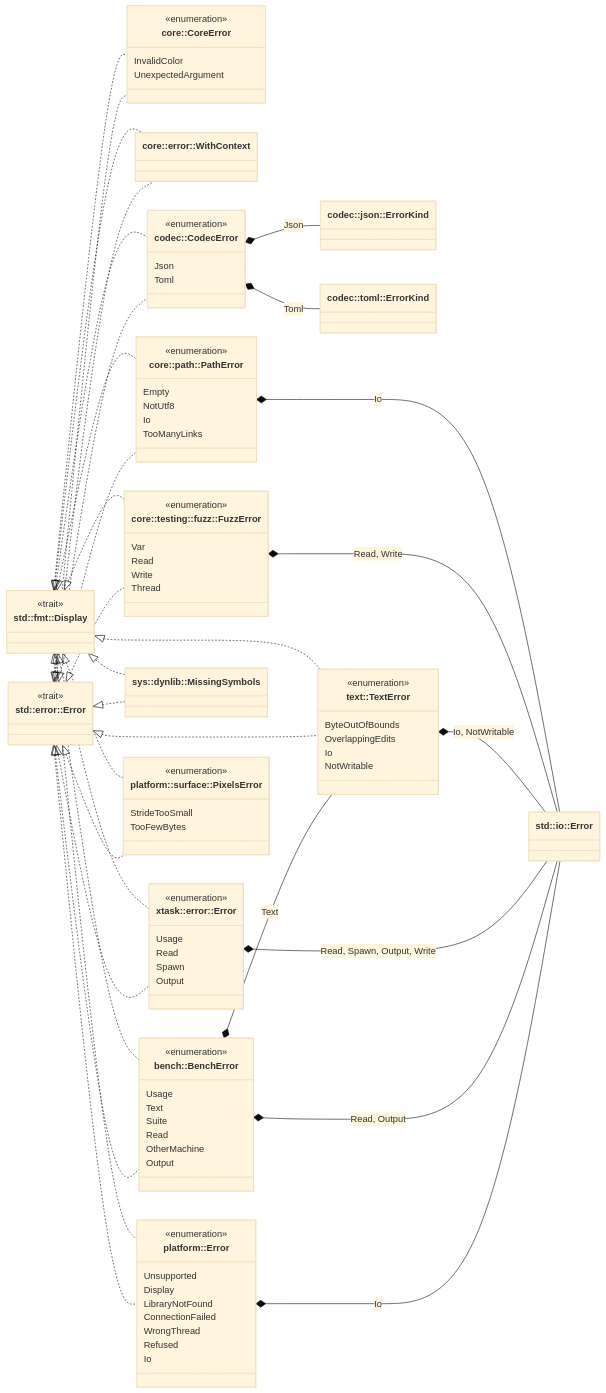
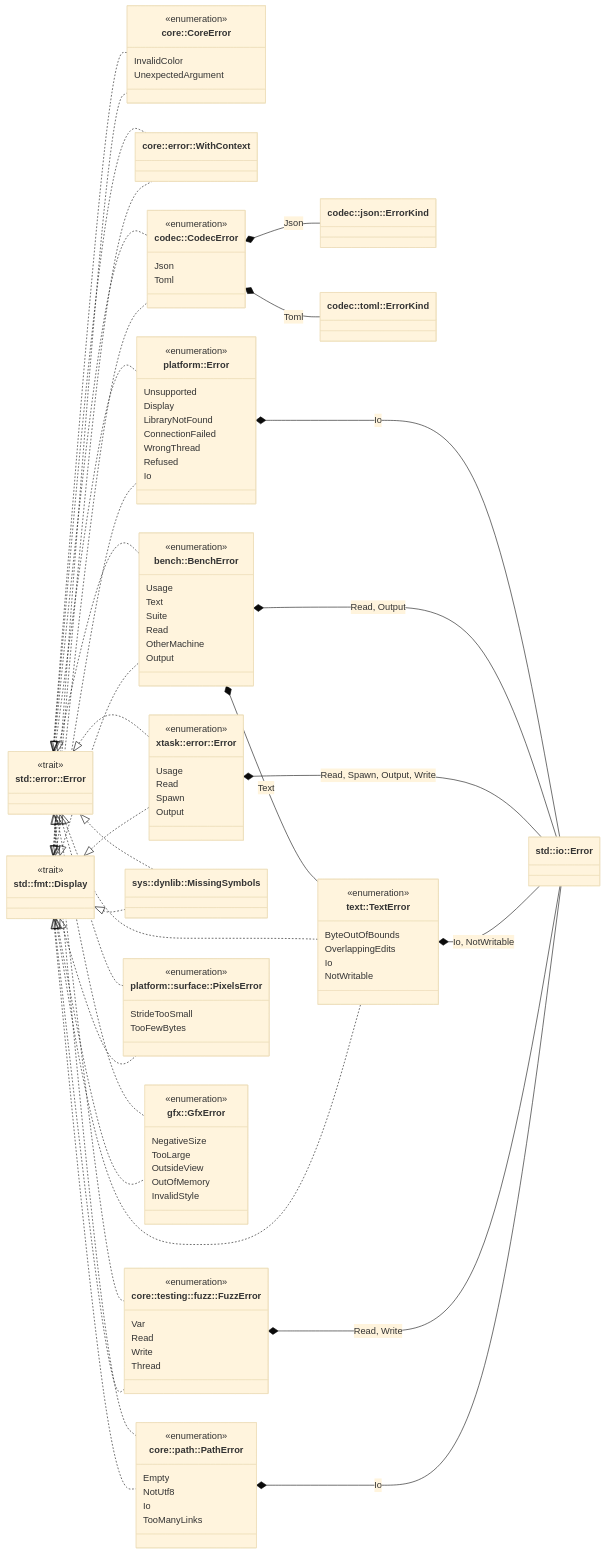
Before and after one commit to jabbott-iii/Tidepool: diagram 36 of 36 in diagrams/class-diagrams.md, drawn with Mermaid (base theme). The commit also changed other lines of this file and 28 other files, not shown here.

```diff
--- a/diagrams/class-diagrams.md
+++ b/diagrams/class-diagrams.md
@@ -2851,6 +3080,14 @@
         StrideTooSmall
         TooFewBytes
     }
+    class GfxError["gfx::GfxError"] {
+        <<enumeration>>
+        NegativeSize
+        TooLarge
+        OutsideView
+        OutOfMemory
+        InvalidStyle
+    }
     class BenchError["bench::BenchError"] {
         <<enumeration>>
         Usage
@@ -2882,6 +3119,8 @@
     StdError <|.. PlatformError
     Display <|.. PixelsError
     StdError <|.. PixelsError
+    Display <|.. GfxError
+    StdError <|.. GfxError
     CodecError *-- JsonErrorKind : Json
     CodecError *-- TomlErrorKind : Toml
     PathError *-- IoError : Io
```
